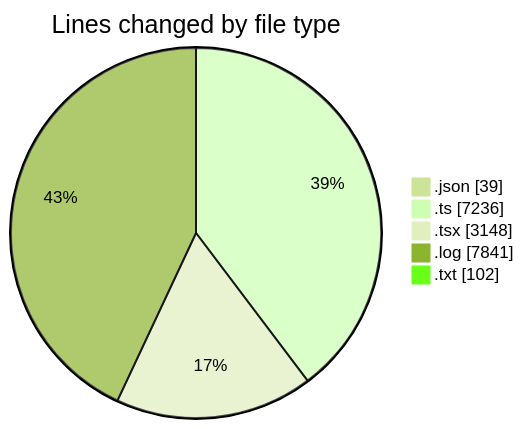
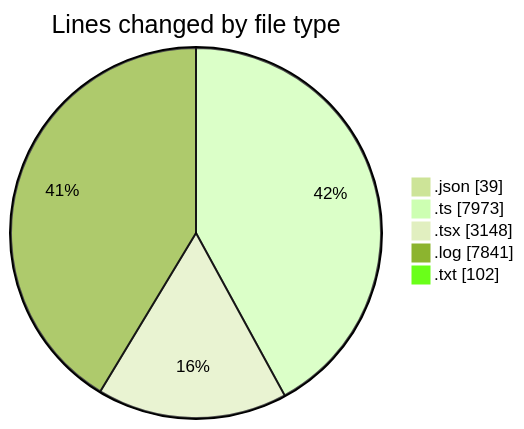
The first of 2 diagrams in 2025-09-13/napxuvn/README.md (lephambinh05/code-tracking), drawn with Mermaid (forest theme) before and after one commit. The commit also changed other lines of this file and 1 other file, not shown here.

````diff
--- a/2025-09-13/napxuvn/README.md
+++ b/2025-09-13/napxuvn/README.md
@@ -76,9 +79,9 @@
 ```mermaid
 pie showData
 title Lines changed by file type
 ".json" : 39
-".ts" : 7236
+".ts" : 7973
 ".tsx" : 3148
 ".log" : 7841
 ".txt" : 102
 ```
````
